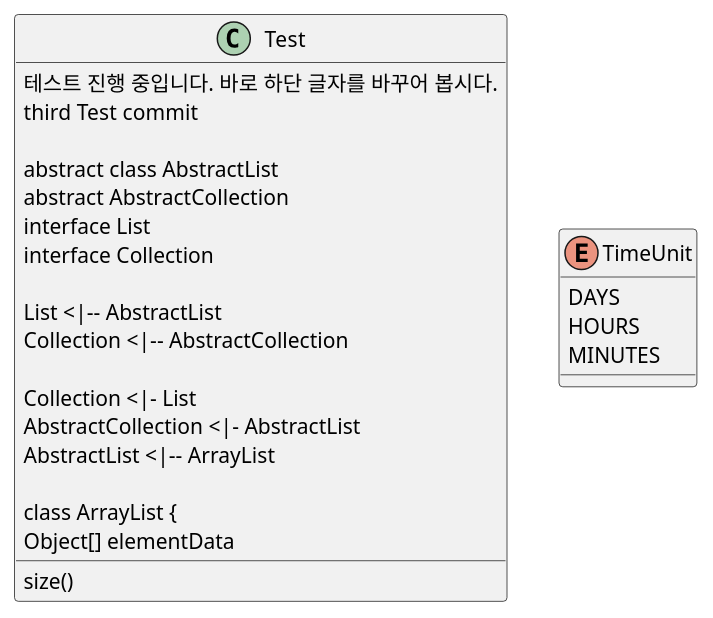
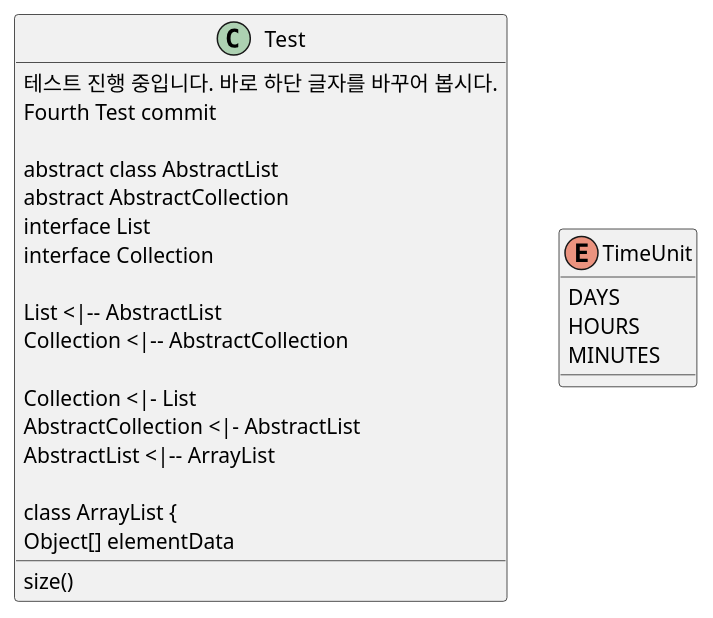
One commit to PTUnique/PTUniqueTeam2 changed the diagram in architecture.puml. Above: the diagram before and after it, drawn with PlantUML.

Commit message:
수정:: architecture.puml :: third > fourth

```diff
--- a/architecture.puml
+++ b/architecture.puml
@@ -1,30 +1,30 @@
 @startuml
 
 class Test{
 테스트 진행 중입니다. 바로 하단 글자를 바꾸어 봅시다.
-third Test commit
+Fourth Test commit
 
 abstract class AbstractList
 abstract AbstractCollection
 interface List
 interface Collection
 
 List <|-- AbstractList
 Collection <|-- AbstractCollection
 
 Collection <|- List
 AbstractCollection <|- AbstractList
 AbstractList <|-- ArrayList
 
 class ArrayList {
 Object[] elementData
 size()
 }
 
 enum TimeUnit {
 DAYS
 HOURS
 MINUTES
 }
 
 @enduml
```
